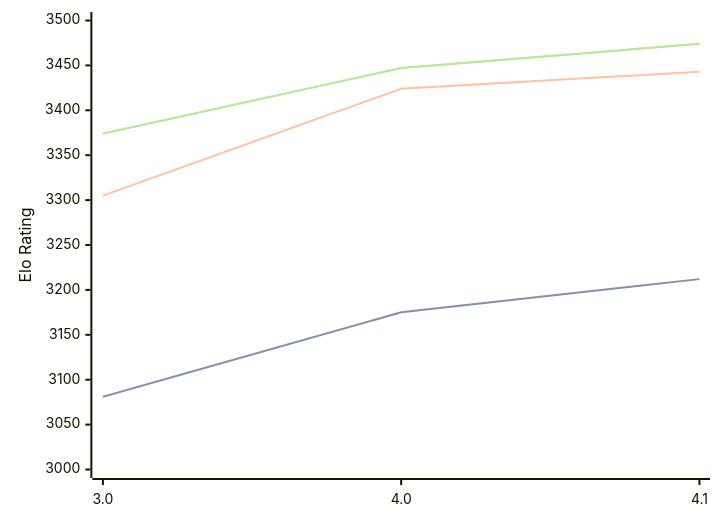
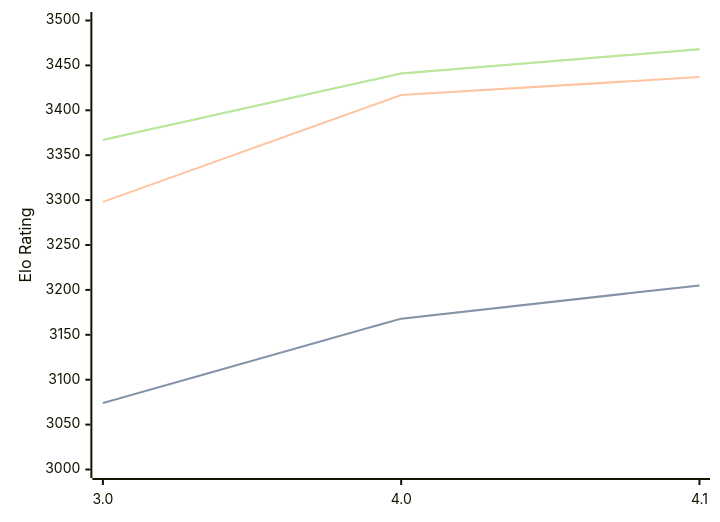
The diagram in engines/Eleanor.md (computer-chess-index/cci), drawn with Mermaid before and after one commit. The commit also changed other lines of this file, not shown here.

Commit message:
Update CCI Ratings (ELO VLTC) - 2026-05-18

````diff
--- a/engines/Eleanor.md
+++ b/engines/Eleanor.md
@@ -35,11 +35,11 @@
 ```mermaid
 %%{init: {"theme":"base","themeVariables":{"seriesColors:['#a3a3a3','#222221','#faa371']}}}%%
 xychart-beta
   x-axis ["3.0", "4.0", "4.1"]
   y-axis "Elo Rating" 3000 --> 3500
-  line "STC (8.0+0.08s)" [3081, 3175, 3212]
-  line "STC (8.0+0.08s)" [3081, 3175, 3212]
-  line "LTC (60.0+0.60s)" [3305, 3424, 3443]
-  line "VLTC (2m24s+1.12s)" [3374, 3447, 3474]
-  line "VLTC (2m24s+1.12s)" [3374, 3447, 3474]
+  line "STC (8.0+0.08s)" [3074, 3168, 3205]
+  line "STC (8.0+0.08s)" [3074, 3168, 3205]
+  line "LTC (60.0+0.60s)" [3298, 3417, 3437]
+  line "VLTC (2m24s+1.12s)" [3367, 3441, 3468]
+  line "VLTC (2m24s+1.12s)" [3367, 3441, 3468]
 ```
````
